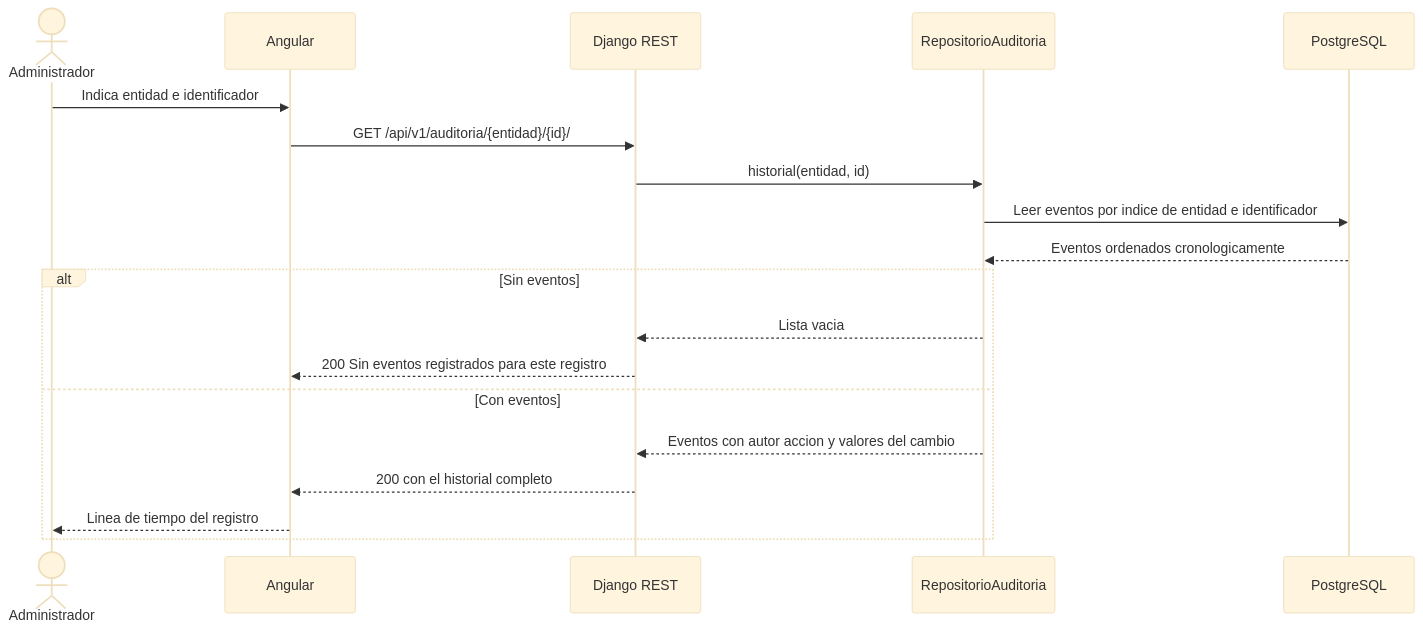
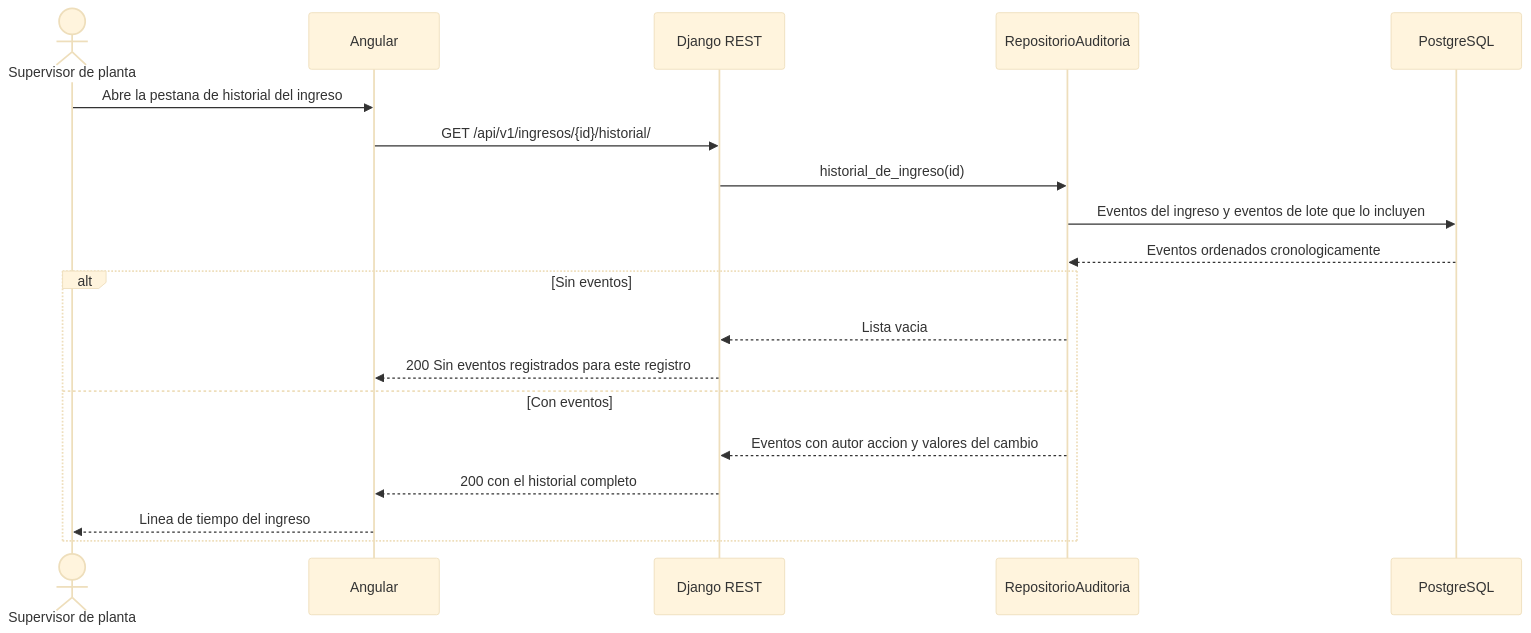
The third of 4 diagrams in docs/modulos/M09-auditoria/diagramas/secuencia.md (adlerOmonte1/LogisticaMinera), drawn with Mermaid (base theme) before and after one commit. The commit also changed other lines of this file and 9 other files, not shown here.

````diff
--- a/docs/modulos/M09-auditoria/diagramas/secuencia.md
+++ b/docs/modulos/M09-auditoria/diagramas/secuencia.md
@@ -57,23 +57,23 @@
 ```mermaid
 sequenceDiagram
-    actor D as Administrador
+    actor D as Supervisor de planta
     participant NG as Angular
     participant API as Django REST
     participant REP as RepositorioAuditoria
     participant DB as PostgreSQL
 
-    D->>NG: Indica entidad e identificador
-    NG->>API: GET /api/v1/auditoria/{entidad}/{id}/
-    API->>REP: historial(entidad, id)
-    REP->>DB: Leer eventos por indice de entidad e identificador
+    D->>NG: Abre la pestana de historial del ingreso
+    NG->>API: GET /api/v1/ingresos/{id}/historial/
+    API->>REP: historial_de_ingreso(id)
+    REP->>DB: Eventos del ingreso y eventos de lote que lo incluyen
     DB-->>REP: Eventos ordenados cronologicamente
 
     alt Sin eventos
         REP-->>API: Lista vacia
         API-->>NG: 200 Sin eventos registrados para este registro
     else Con eventos
         REP-->>API: Eventos con autor accion y valores del cambio
         API-->>NG: 200 con el historial completo
-        NG-->>D: Linea de tiempo del registro
+        NG-->>D: Linea de tiempo del ingreso
     end
 ```
````
